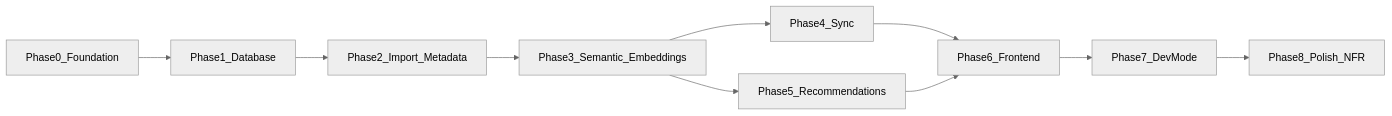
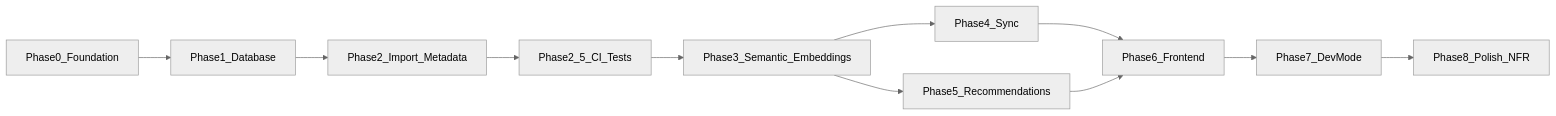
The diagram in documents/roadmap.md (BlackLodgeLabs/cuebox), drawn with Mermaid (neutral theme) before and after one commit. The commit also changed other lines of this file and 1 other file, not shown here.

First line of the commit message:
phase-2.5: add CI and regression test plan; update roadmap

````diff
--- a/documents/roadmap.md
+++ b/documents/roadmap.md
@@ -41,12 +41,13 @@
 ```mermaid
 flowchart LR
     P0[Phase0_Foundation] --> P1[Phase1_Database]
     P1 --> P2[Phase2_Import_Metadata]
-    P2 --> P3[Phase3_Semantic_Embeddings]
+    P2 --> P2_5[Phase2_5_CI_Tests]
+    P2_5 --> P3[Phase3_Semantic_Embeddings]
     P3 --> P4[Phase4_Sync]
     P3 --> P5[Phase5_Recommendations]
     P4 --> P6[Phase6_Frontend]
     P5 --> P6
     P6 --> P7[Phase7_DevMode]
     P7 --> P8[Phase8_Polish_NFR]
 ```
````
